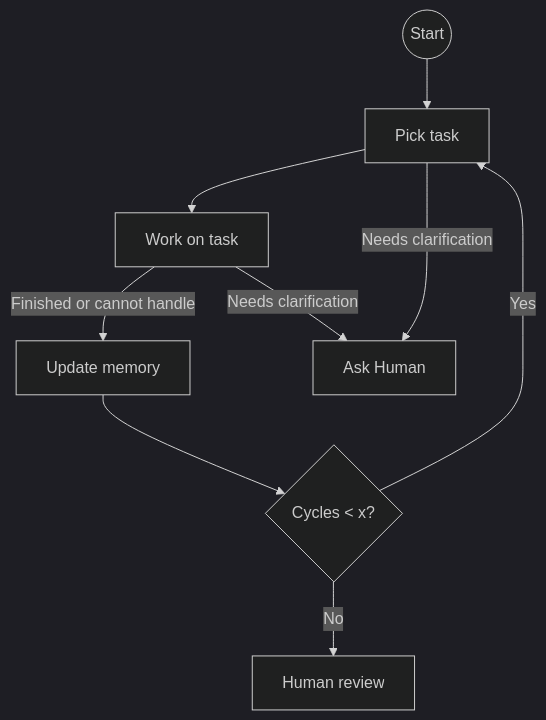
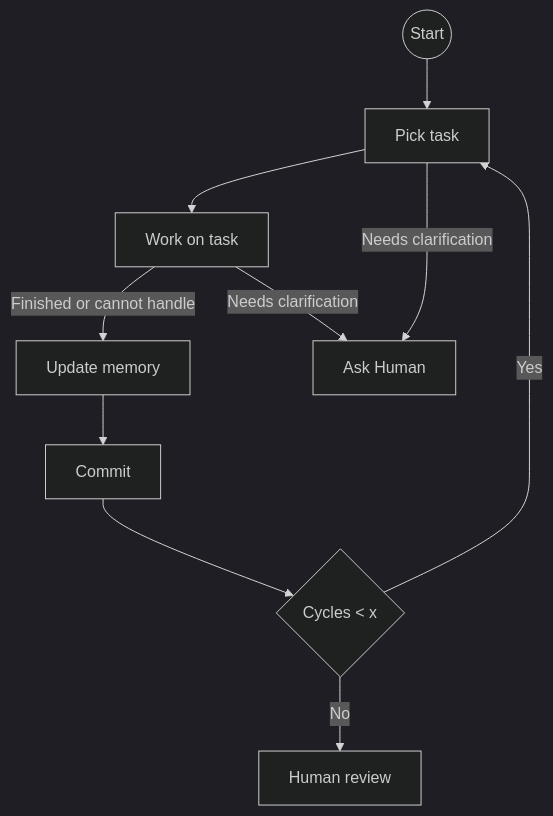
The diagram in AGENTS.md (marcingurbisz/idea-execution-framework), drawn with Mermaid (dark theme) before and after one commit. The commit also changed other lines of this file and 1 other file, not shown here.

Commit message:
Update agent instructions: add task marking and commit guidelines

````diff
--- a/AGENTS.md
+++ b/AGENTS.md
@@ -22,11 +22,12 @@
 ```mermaid
 flowchart TD
     A@{ shape: circle, label: "Start" } --> B[Pick  task]
     B --> C[Work on task]
     C -->|Finished or cannot handle| E[Update memory]
     C -->|Needs clarification| H[Ask Human]
     B -->|Needs clarification| H
-    E --> G{Cycles < x?}
+    E --> Z[Commit]
+    Z --> G{Cycles < x}
     G -->|Yes| B
     G -->|No| I[Human review]
 ```
````
